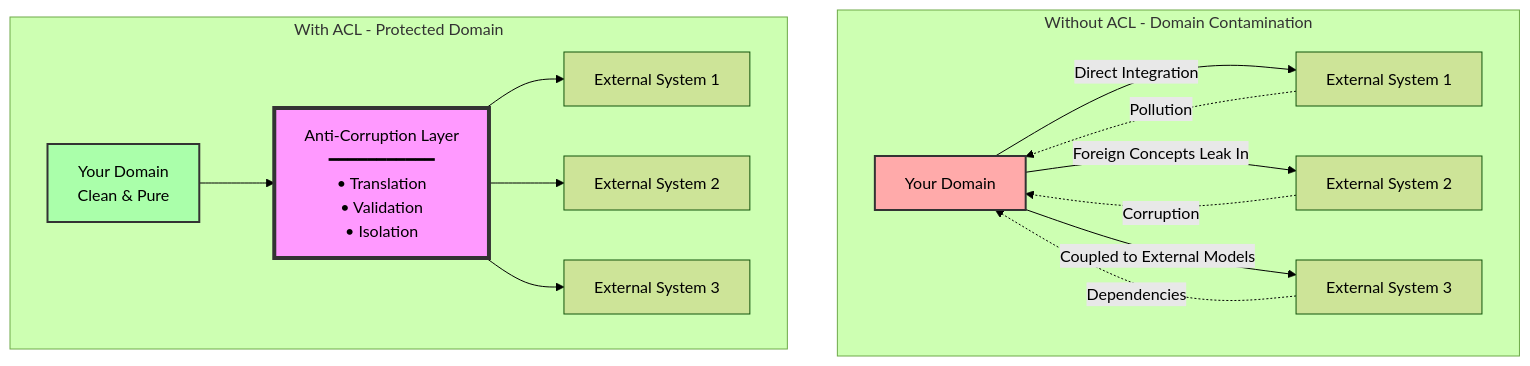
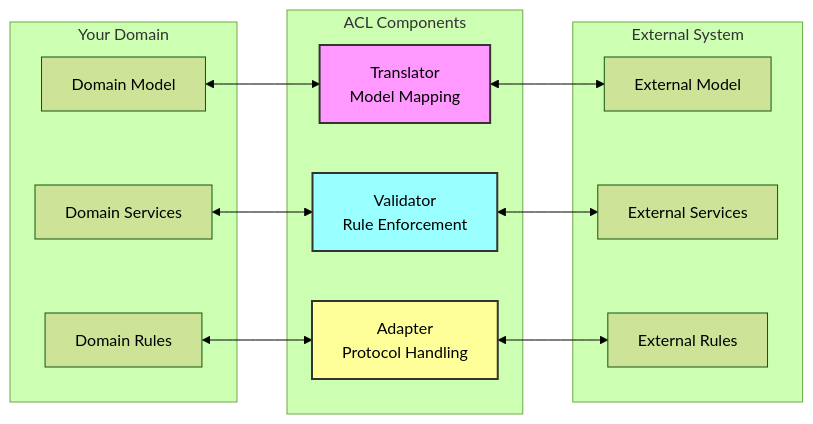
The second of 19 diagrams in docs/pattern-library/architecture/anti-corruption-layer.md (deepaucksharma/DStudio), drawn with Mermaid (forest theme) before and after one commit. The commit also changed other lines of this file and 12 other files, not shown here.

````diff
--- a/docs/pattern-library/architecture/anti-corruption-layer.md
+++ b/docs/pattern-library/architecture/anti-corruption-layer.md
@@ -71,24 +126,28 @@
 ```mermaid
-graph TB
-    subgraph "Without ACL - Domain Contamination"
-        YD1[Your Domain] -->|Direct Integration| ES1[External System 1]
-        YD1 -->|Foreign Concepts Leak In| ES2[External System 2]
-        YD1 -->|Coupled to External Models| ES3[External System 3]
-        
-        ES1 -.->|Pollution| YD1
-        ES2 -.->|Corruption| YD1
-        ES3 -.->|Dependencies| YD1
+graph LR
+    subgraph "Your Domain"
+        DM[Domain Model]
+        DS[Domain Services]
+        DR[Domain Rules]
     end
     
-    subgraph "With ACL - Protected Domain"
-        YD2[Your Domain<br/>Clean & Pure] --> ACL[Anti-Corruption Layer<br/>━━━━━━━━━━━<br/>• Translation<br/>• Validation<br/>• Isolation]
-        
-        ACL --> ES4[External System 1]
-        ACL --> ES5[External System 2]
-        ACL --> ES6[External System 3]
+    subgraph "ACL Components"
+        T[Translator<br/>Model Mapping]
+        V[Validator<br/>Rule Enforcement]
+        A[Adapter<br/>Protocol Handling]
     end
     
-    style YD1 fill:#faa,stroke:#333,stroke-width:2px
-    style YD2 fill:#afa,stroke:#333,stroke-width:2px
-    style ACL fill:#f9f,stroke:#333,stroke-width:4px
+    subgraph "External System"
+        EM[External Model]
+        ES[External Services]
+        ER[External Rules]
+    end
+    
+    DM <--> T <--> EM
+    DS <--> V <--> ES
+    DR <--> A <--> ER
+    
+    style T fill:#f9f,stroke:#333,stroke-width:2px
+    style V fill:#9ff,stroke:#333,stroke-width:2px
+    style A fill:#ff9,stroke:#333,stroke-width:2px
 ```
````
